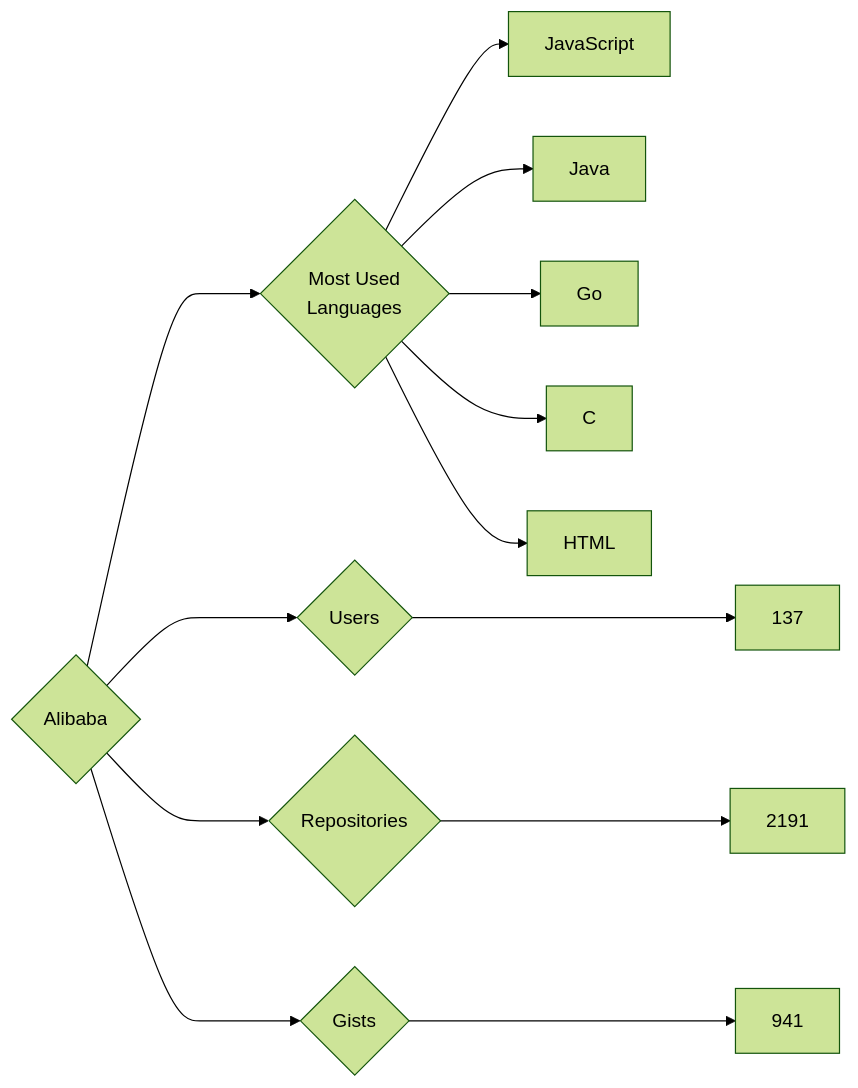
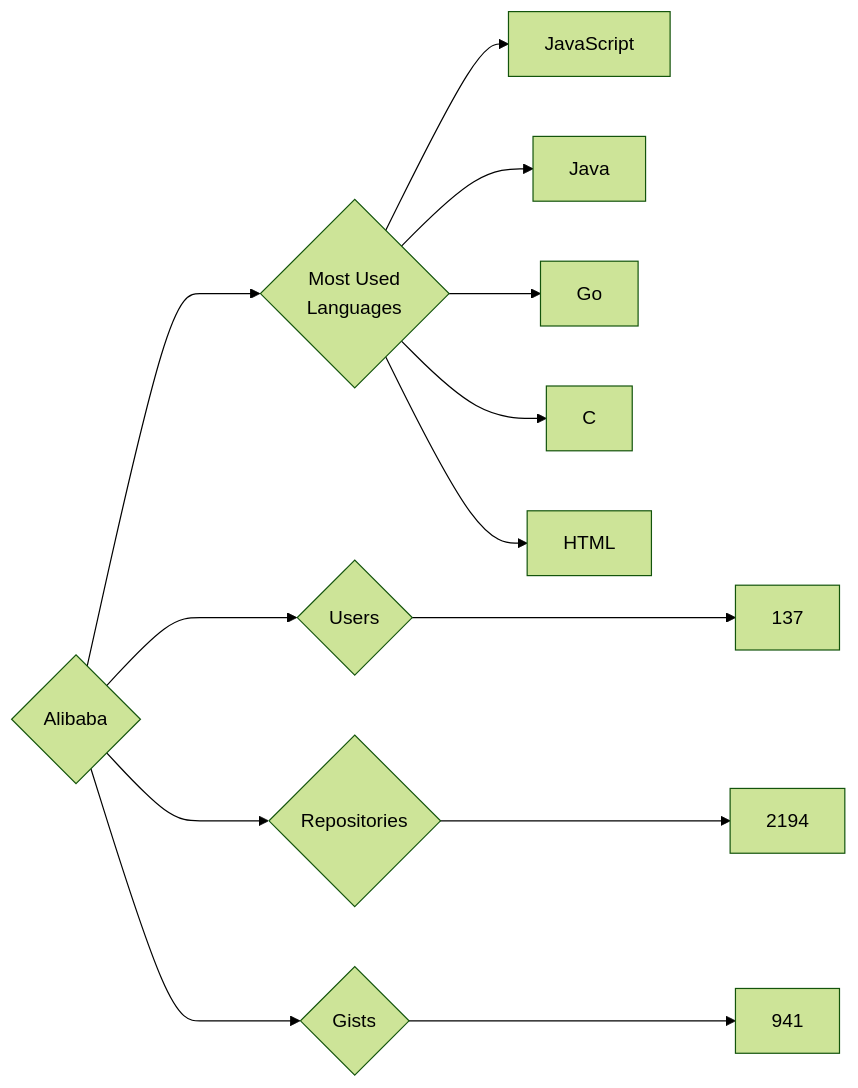
The diagram in targets/Alibaba/README.md (trickest/insiders), drawn with Mermaid (forest theme) before and after one commit. The commit also changed 773 other files, not shown here.

````diff
--- a/targets/Alibaba/README.md
+++ b/targets/Alibaba/README.md
@@ -3,13 +3,13 @@
 ```mermaid
 graph LR
 COMPANY_NAME{Alibaba}
 COMPANY_NAME ---> U{Users} ---> UN[137]
-COMPANY_NAME ---> R{Repositories} ---> RN[2191]
+COMPANY_NAME ---> R{Repositories} ---> RN[2194]
 COMPANY_NAME ---> G{Gists} ---> GN[941]
 COMPANY_NAME ---> ML{Most Used<br>Languages}
 ML --> JavaScript[JavaScript]
 ML --> Java[Java]
 ML --> Go[Go]
 ML --> C[C]
 ML --> HTML[HTML]
 ```
````
